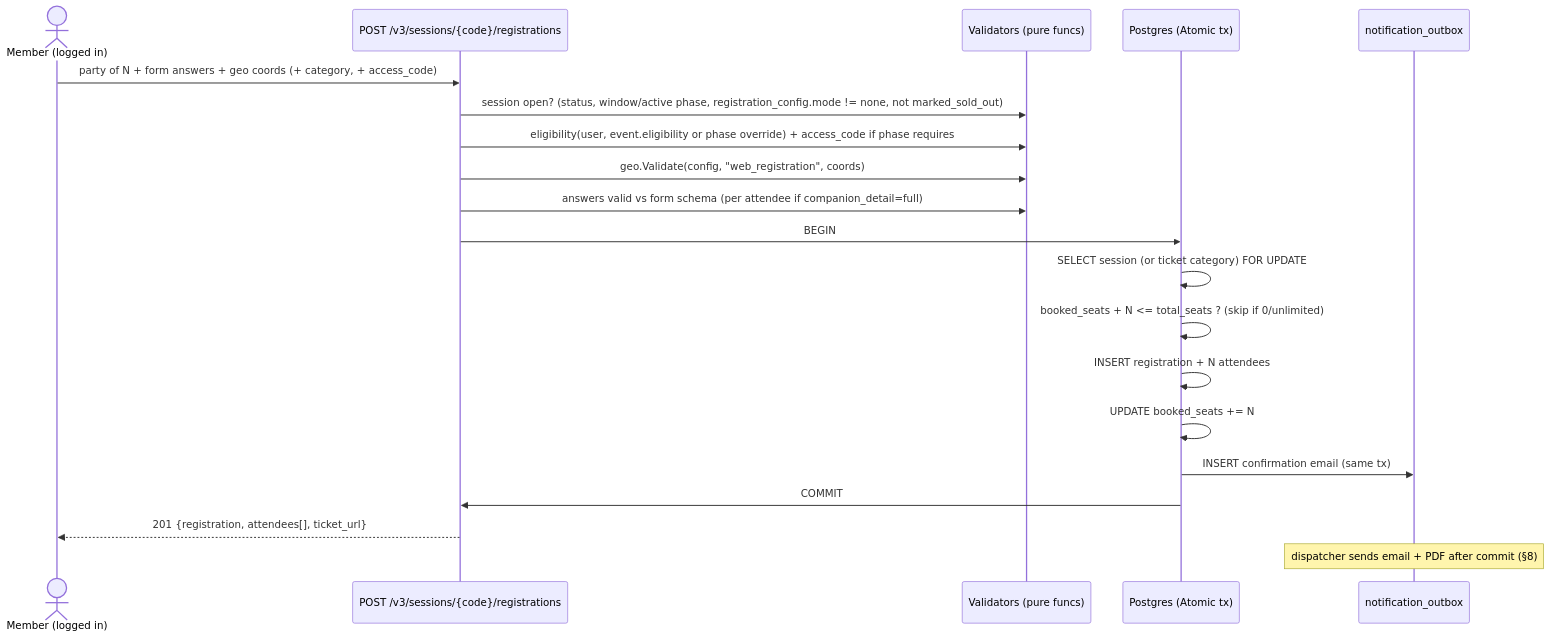
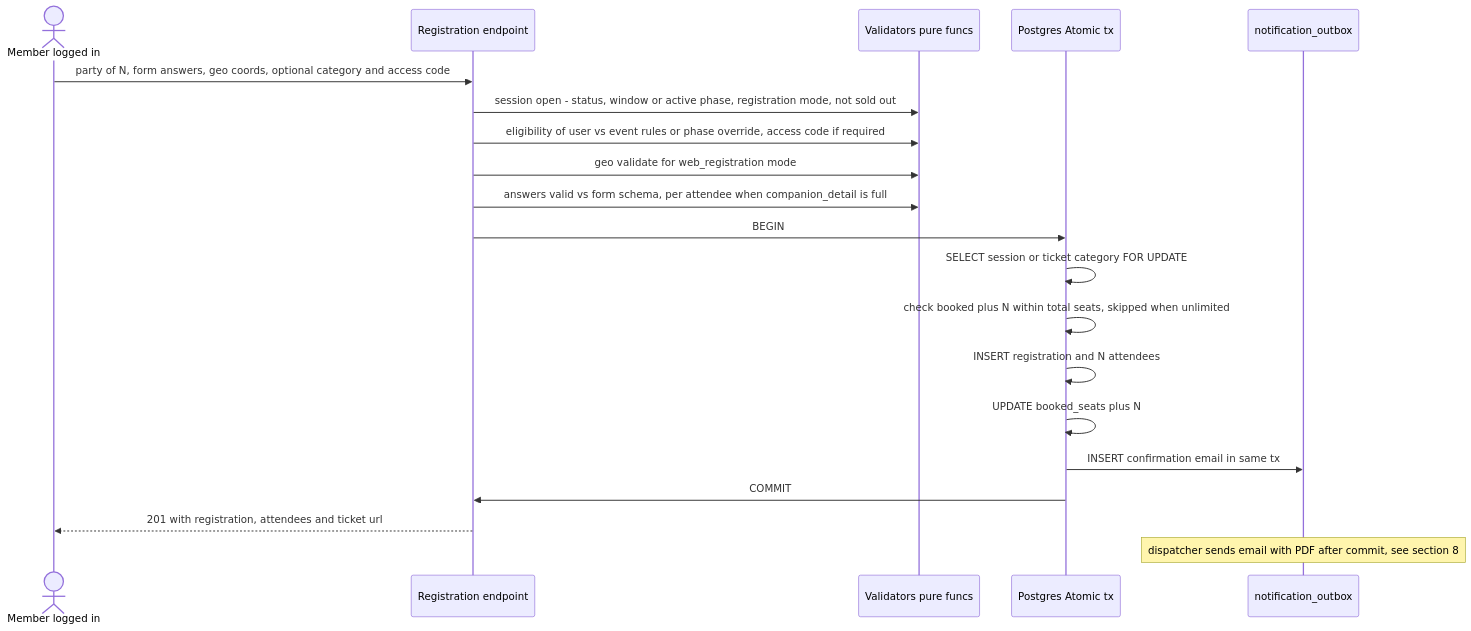
One commit to growcenter/go-community changed the third of 6 diagrams in docs/plans/2026-07-07-event-management-v3-design.md. Above: the diagram before and after it, drawn with Mermaid. The commit also changed other lines of this file, not shown here.

Commit message:
docs: fix mermaid syntax in registration and qr resolve/act sequence diagrams

````diff
--- a/docs/plans/2026-07-07-event-management-v3-design.md
+++ b/docs/plans/2026-07-07-event-management-v3-design.md
@@ -403,23 +403,23 @@
 ```mermaid
 sequenceDiagram
-    actor U as Member (logged in)
-    participant API as POST /v3/sessions/{code}/registrations
-    participant V as Validators (pure funcs)
-    participant DB as Postgres (Atomic tx)
+    actor U as Member logged in
+    participant API as Registration endpoint
+    participant V as Validators pure funcs
+    participant DB as Postgres Atomic tx
     participant OB as notification_outbox
 
-    U->>API: party of N + form answers + geo coords (+ category, + access_code)
-    API->>V: session open? (status, window/active phase, registration_config.mode != none, not marked_sold_out)
-    API->>V: eligibility(user, event.eligibility or phase override) + access_code if phase requires
-    API->>V: geo.Validate(config, "web_registration", coords)
-    API->>V: answers valid vs form schema (per attendee if companion_detail=full)
+    U->>API: party of N, form answers, geo coords, optional category and access code
+    API->>V: session open - status, window or active phase, registration mode, not sold out
+    API->>V: eligibility of user vs event rules or phase override, access code if required
+    API->>V: geo validate for web_registration mode
+    API->>V: answers valid vs form schema, per attendee when companion_detail is full
     API->>DB: BEGIN
-    DB->>DB: SELECT session (or ticket category) FOR UPDATE
-    DB->>DB: booked_seats + N <= total_seats ? (skip if 0/unlimited)
-    DB->>DB: INSERT registration + N attendees
-    DB->>DB: UPDATE booked_seats += N
-    DB->>OB: INSERT confirmation email (same tx)
+    DB->>DB: SELECT session or ticket category FOR UPDATE
+    DB->>DB: check booked plus N within total seats, skipped when unlimited
+    DB->>DB: INSERT registration and N attendees
+    DB->>DB: UPDATE booked_seats plus N
+    DB->>OB: INSERT confirmation email in same tx
     DB->>API: COMMIT
-    API-->>U: 201 {registration, attendees[], ticket_url}
-    Note over OB: dispatcher sends email + PDF after commit (§8)
+    API-->>U: 201 with registration, attendees and ticket url
+    Note over OB: dispatcher sends email with PDF after commit, see section 8
 ```
````
